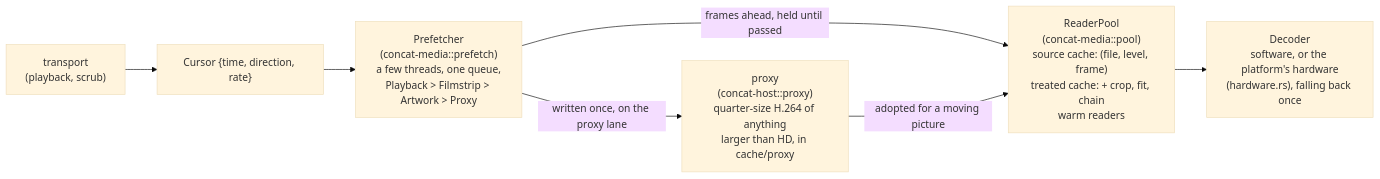
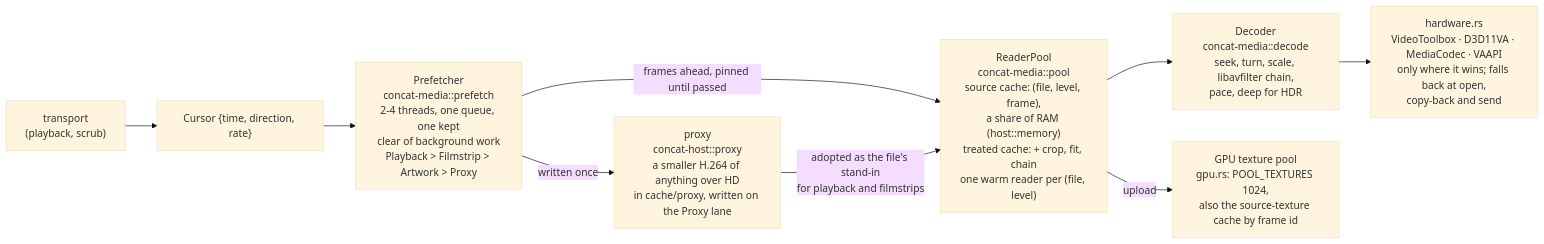
The fifth of 12 diagrams in ARCHITECTURE.md (jub0t/Concat), drawn with Mermaid (base theme) before and after one commit. The commit also changed other lines of this file, not shown here.

````diff
--- a/ARCHITECTURE.md
+++ b/ARCHITECTURE.md
@@ -233,15 +249,18 @@
 ```mermaid
 flowchart LR
     transport["transport<br/>(playback, scrub)"]
     cursor["Cursor {time, direction, rate}"]
-    sched["Prefetcher<br/>(concat-media::prefetch)<br/>a few threads, one queue,<br/>Playback > Filmstrip > Artwork > Proxy"]
-    pool["ReaderPool<br/>(concat-media::pool)<br/>source cache: (file, level, frame)<br/>treated cache: + crop, fit, chain<br/>warm readers"]
-    dec["Decoder<br/>software, or the platform's hardware<br/>(hardware.rs), falling back once"]
-    proxy["proxy<br/>(concat-host::proxy)<br/>quarter-size H.264 of anything<br/>larger than HD, in cache/proxy"]
+    sched["Prefetcher<br/>concat-media::prefetch<br/>2-4 threads, one queue, one kept<br/>clear of background work<br/>Playback > Filmstrip > Artwork > Proxy"]
+    pool["ReaderPool<br/>concat-media::pool<br/>source cache: (file, level, frame),<br/>a share of RAM (host::memory)<br/>treated cache: + crop, fit, chain<br/>one warm reader per (file, level)"]
+    dec["Decoder<br/>concat-media::decode<br/>seek, turn, scale, libavfilter chain,<br/>pace, deep for HDR"]
+    hw["hardware.rs<br/>VideoToolbox · D3D11VA · MediaCodec · VAAPI<br/>only where it wins; falls back at open,<br/>copy-back and send"]
+    proxy["proxy<br/>concat-host::proxy<br/>a smaller H.264 of anything over HD<br/>in cache/proxy, written on the Proxy lane"]
+    gpupool["GPU texture pool<br/>gpu.rs: POOL_TEXTURES 1024,<br/>also the source-texture cache by frame id"]
 
     transport --> cursor --> sched
-    sched -- "frames ahead, held until passed" --> pool
-    pool --> dec
-    proxy -- "adopted for a moving picture" --> pool
-    sched -- "written once, on the proxy lane" --> proxy
+    sched -- "frames ahead, pinned until passed" --> pool
+    pool --> dec --> hw
+    proxy -- "adopted as the file's stand-in<br/>for playback and filmstrips" --> pool
+    sched -- "written once" --> proxy
+    pool -- "upload" --> gpupool
 ```
````
